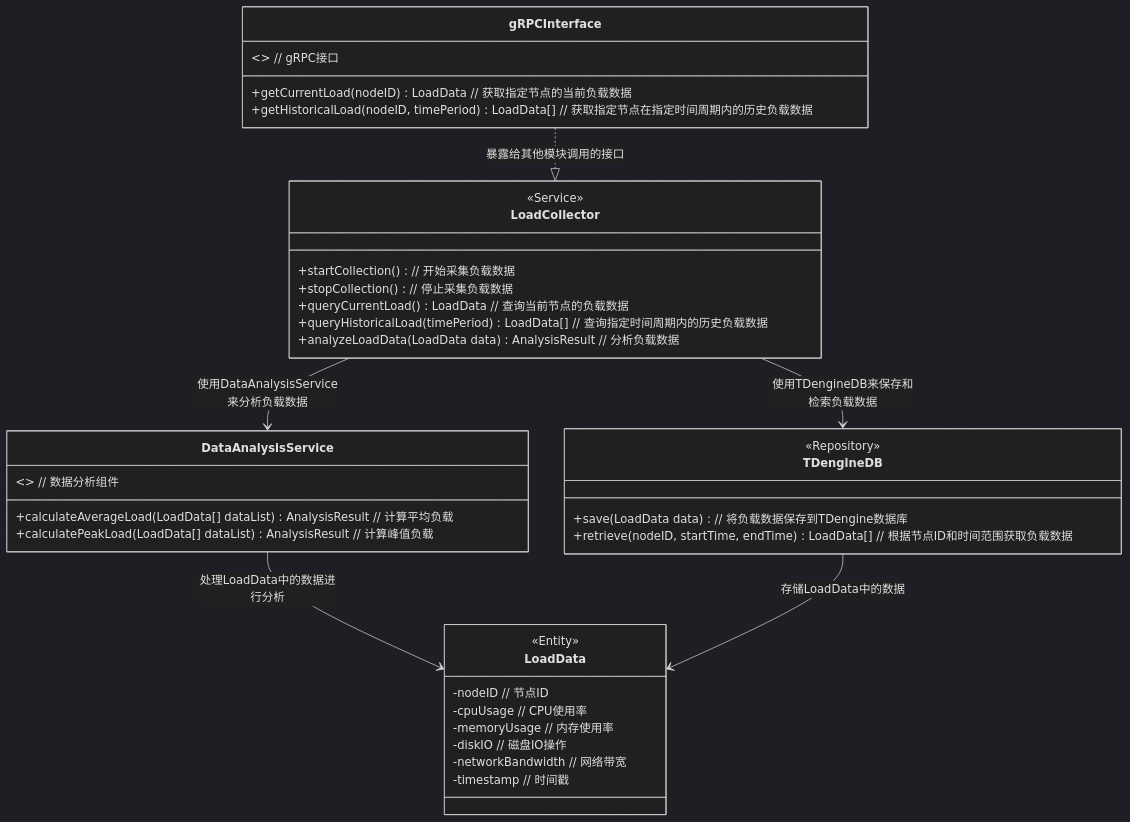
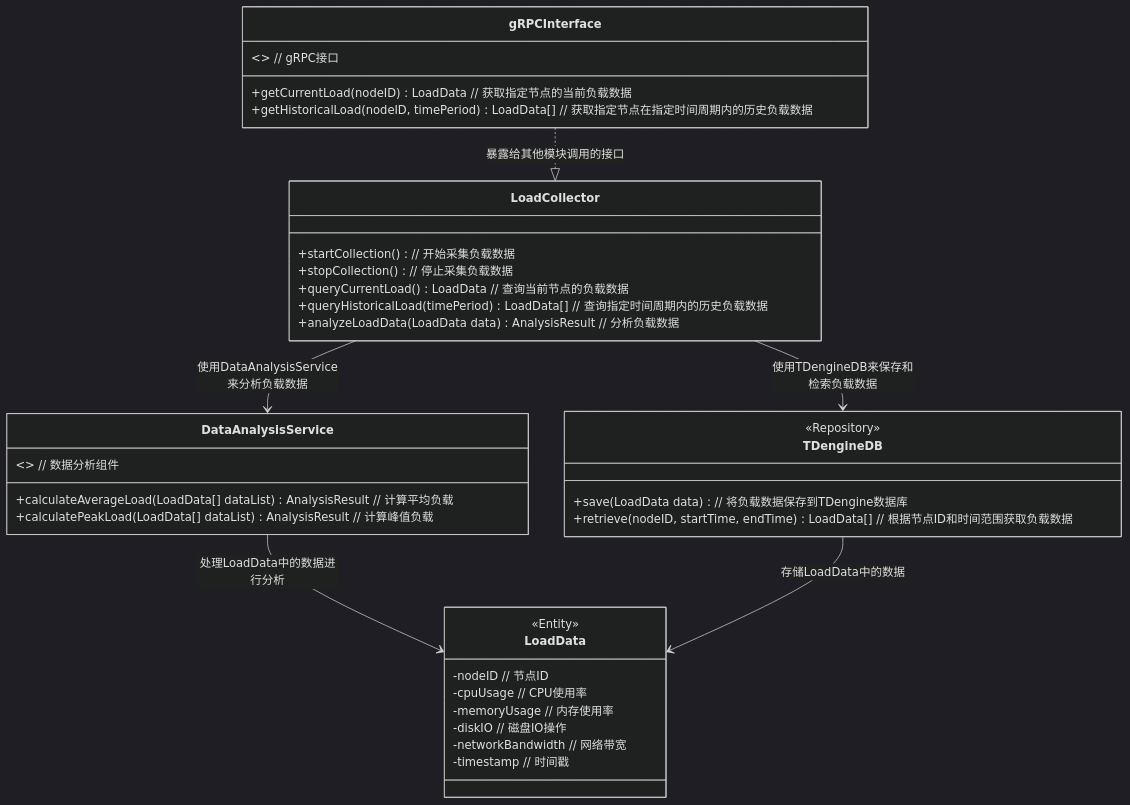
The diagram in all/未命名.md (jjj960/iodraw-files), drawn with Mermaid (dark theme) before and after one commit.

Commit message:
2025-03-06 17:00:55 update

````diff
--- a/all/未命名.md
+++ b/all/未命名.md
@@ -1,46 +1,45 @@
 ```mermaid
 classDiagram
     class LoadCollector {
-        <<Service>>  
         +startCollection()  // 开始采集负载数据
         +stopCollection()  // 停止采集负载数据
         +queryCurrentLoad() LoadData  // 查询当前节点的负载数据
         +queryHistoricalLoad(timePeriod) LoadData[]  // 查询指定时间周期内的历史负载数据
         +analyzeLoadData(LoadData data) AnalysisResult  // 分析负载数据
     }
 
     class LoadData {
         <<Entity>> 
         -nodeID  // 节点ID
         -cpuUsage  // CPU使用率
         -memoryUsage  // 内存使用率
         -diskIO  // 磁盘IO操作
         -networkBandwidth  // 网络带宽
         -timestamp  // 时间戳
     }
 
     class TDengineDB {
         <<Repository>>
         +save(LoadData data)  // 将负载数据保存到TDengine数据库
         +retrieve(nodeID, startTime, endTime) LoadData[]  // 根据节点ID和时间范围获取负载数据
     }
 
     class DataAnalysisService {
         <<Component>>  // 数据分析组件
         +calculateAverageLoad(LoadData[] dataList) AnalysisResult  // 计算平均负载
         +calculatePeakLoad(LoadData[] dataList) AnalysisResult  // 计算峰值负载
     }
 
     LoadCollector --> TDengineDB : 使用TDengineDB来保存和检索负载数据
     LoadCollector --> DataAnalysisService : 使用DataAnalysisService来分析负载数据
     DataAnalysisService --> LoadData : 处理LoadData中的数据进行分析
     TDengineDB --> LoadData : 存储LoadData中的数据
 
     class gRPCInterface {
         <<Interface>>  // gRPC接口
         +getCurrentLoad(nodeID) LoadData  // 获取指定节点的当前负载数据
         +getHistoricalLoad(nodeID, timePeriod) LoadData[]  // 获取指定节点在指定时间周期内的历史负载数据
     }
 
     gRPCInterface ..|> LoadCollector : 暴露给其他模块调用的接口
 ```
````
